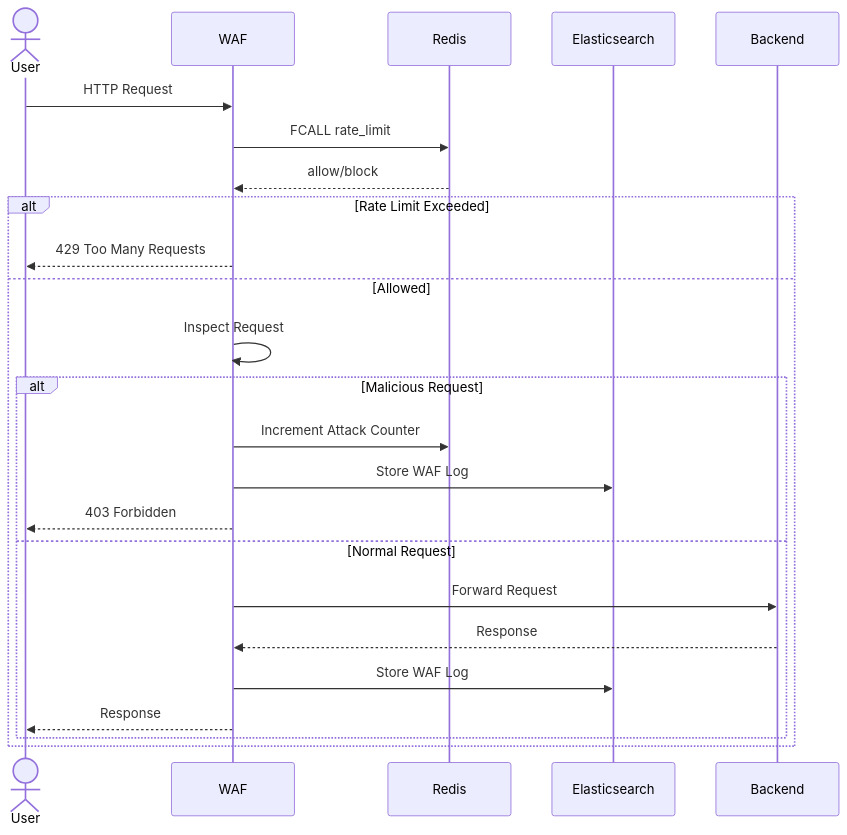
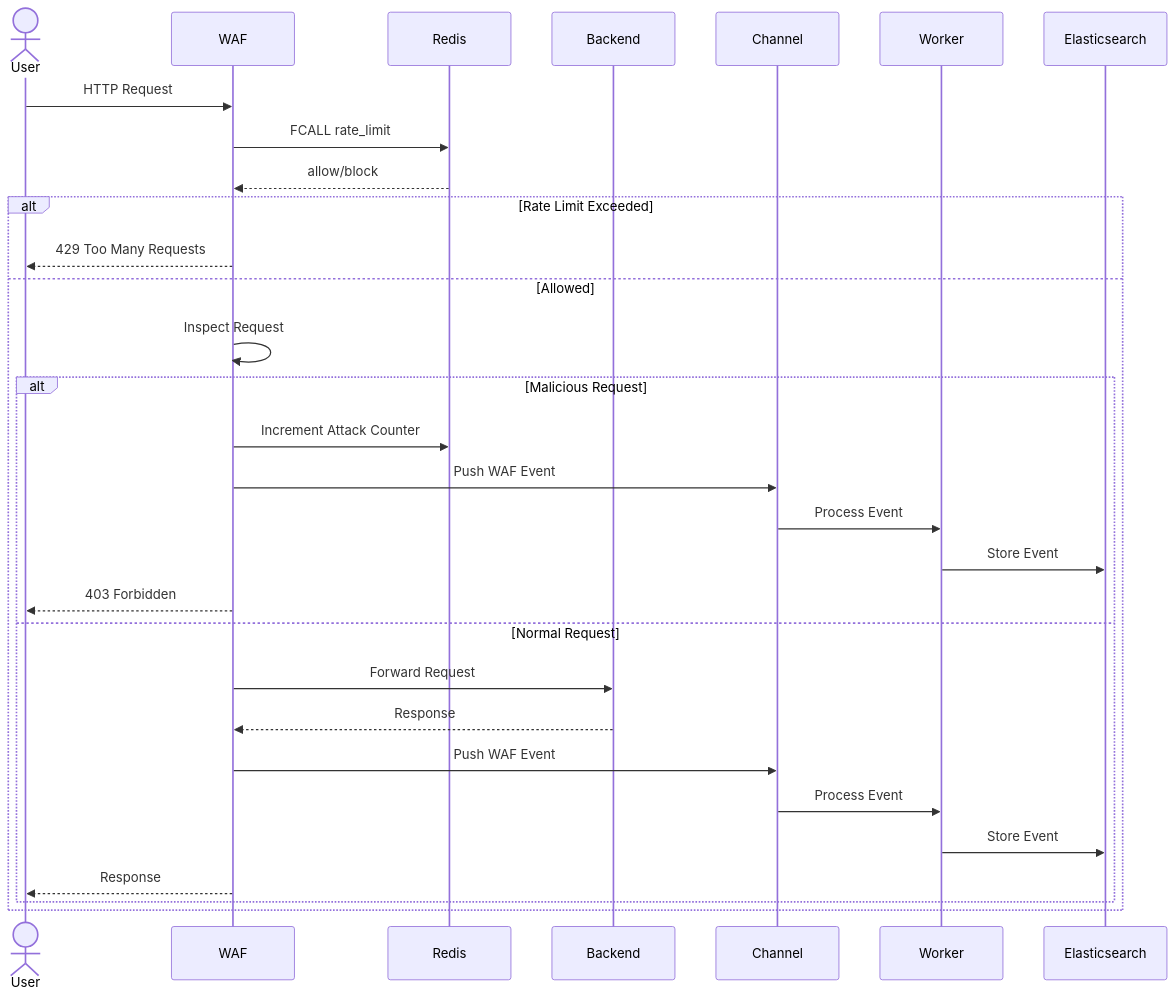
Before and after one commit to preyaswi/samplewaf: the second of 2 diagrams in README.md, drawn with Mermaid. The commit also changed other lines of this file and 28 other files, not shown here.

````diff
--- a/README.md
+++ b/README.md
@@ -36,33 +229,55 @@
 ```mermaid
 sequenceDiagram
+
     actor User
 
     participant WAF
     participant Redis
+    participant Backend
+    participant Channel
+    participant Worker
     participant ES as Elasticsearch
-    participant Backend
 
     User->>WAF: HTTP Request
 
     WAF->>Redis: FCALL rate_limit
+
     Redis-->>WAF: allow/block
 
     alt Rate Limit Exceeded
+
         WAF-->>User: 429 Too Many Requests
+
     else Allowed
 
         WAF->>WAF: Inspect Request
 
         alt Malicious Request
+
             WAF->>Redis: Increment Attack Counter
-            WAF->>ES: Store WAF Log
+
+            WAF->>Channel: Push WAF Event
+
+            Channel->>Worker: Process Event
+
+            Worker->>ES: Store Event
+
             WAF-->>User: 403 Forbidden
 
         else Normal Request
+
             WAF->>Backend: Forward Request
+
             Backend-->>WAF: Response
-            WAF->>ES: Store WAF Log
+
+            WAF->>Channel: Push WAF Event
+
+            Channel->>Worker: Process Event
+
+            Worker->>ES: Store Event
+
             WAF-->>User: Response
+
         end
     end
 ```
````
